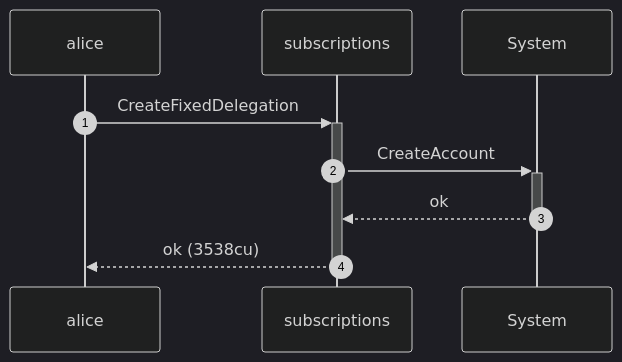
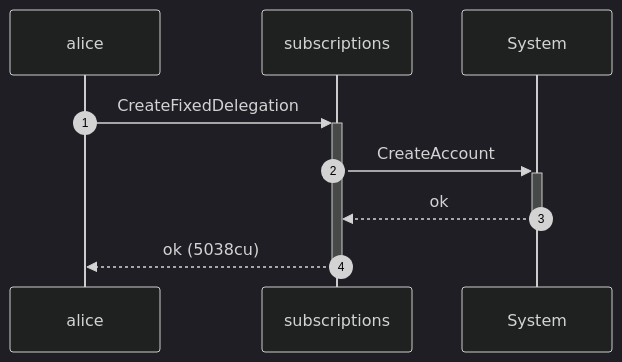
One commit to cds-rs/subscriptions changed the sixth of 8 diagrams in dsl_tests/fixed-transfer-by-the-wrong-signer-is-refused.md. Above: the diagram before and after it, drawn with Mermaid (dark theme). The commit also changed other lines of this file and 224 other files, not shown here.

````diff
--- a/dsl_tests/fixed-transfer-by-the-wrong-signer-is-refused.md
+++ b/dsl_tests/fixed-transfer-by-the-wrong-signer-is-refused.md
@@ -116,11 +122,11 @@
 ```mermaid
 sequenceDiagram
     autonumber
     participant alice
     participant subscriptions
     participant System
     alice ->>+ subscriptions: CreateFixedDelegation
     subscriptions ->>+ System: CreateAccount
     System -->>- subscriptions: ok
-    subscriptions -->>- alice: ok (3538cu)
+    subscriptions -->>- alice: ok (5038cu)
 ```
````
